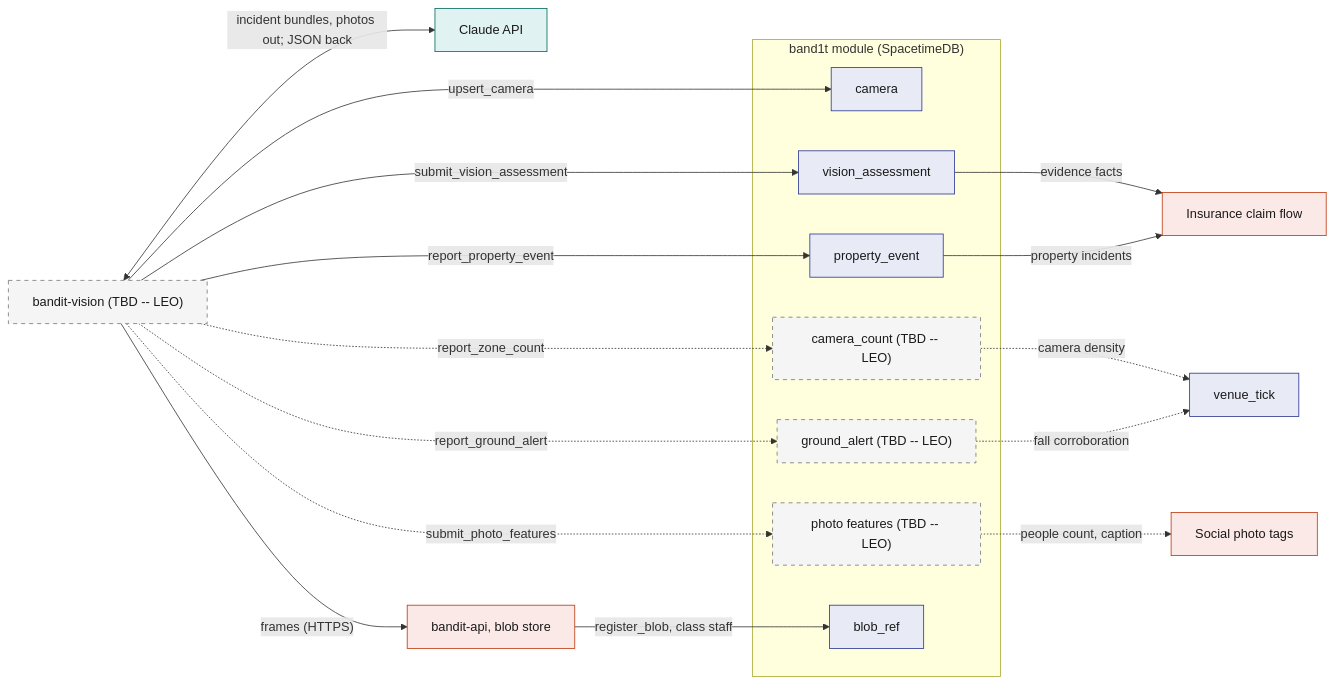
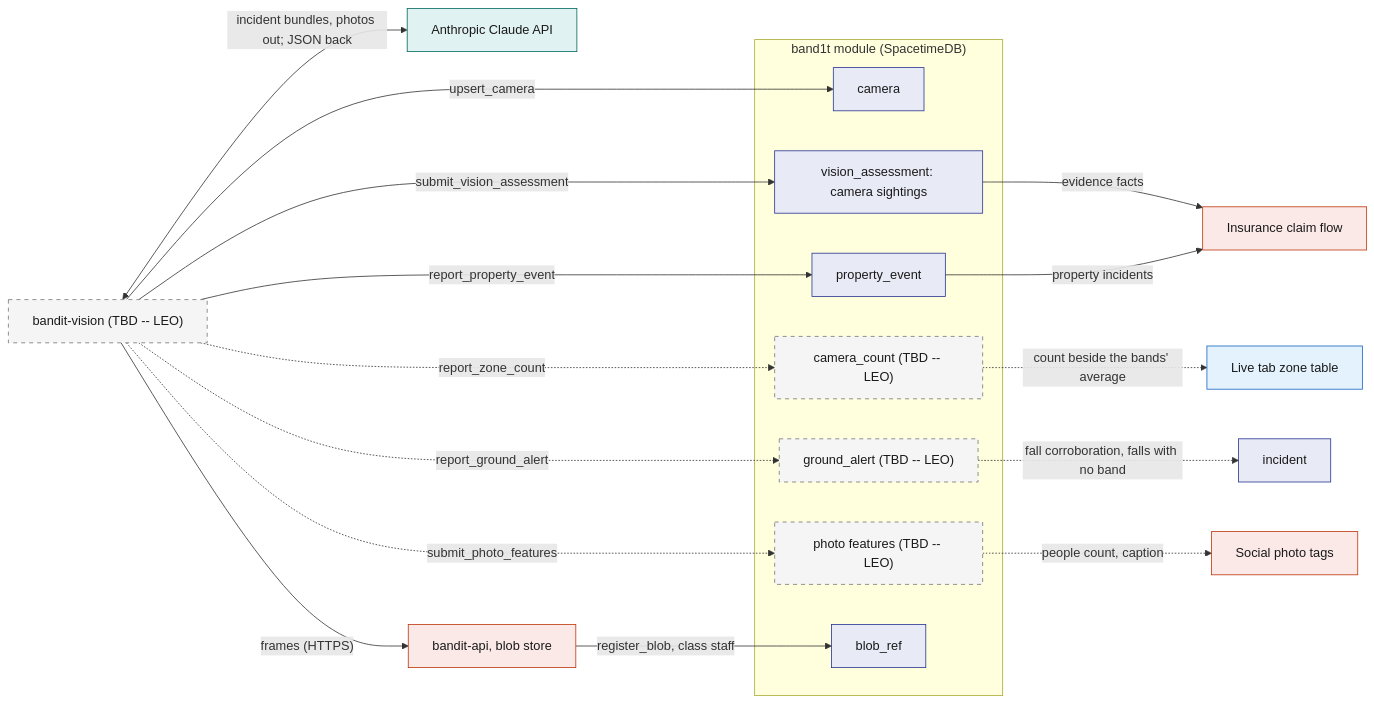
The third of 3 diagrams in System Design/4-devices/Vision.md (viktorinkov/cal-hacks-13), drawn with Mermaid before and after one commit. The commit also changed other lines of this file and 26 other files, not shown here.

````diff
--- a/System Design/4-devices/Vision.md
+++ b/System Design/4-devices/Vision.md
@@ -205,34 +238,36 @@
 ```mermaid
 flowchart LR
-    Vis["bandit-vision (TBD -- LEO)"] <-->|"incident bundles, photos out; JSON back"| Claude["Claude API"]
+    Vis["bandit-vision (TBD -- LEO)"] <-->|"incident bundles, photos out; JSON back"| Claude["Anthropic Claude API"]
     Vis -->|"frames (HTTPS)"| Api["bandit-api, blob store"]
     subgraph M["band1t module (SpacetimeDB)"]
         CAMT["camera"]
-        VA["vision_assessment"]
+        VA["vision_assessment: camera sightings"]
         PE["property_event"]
         CC["camera_count (TBD -- LEO)"]
         GA["ground_alert (TBD -- LEO)"]
         PF["photo features (TBD -- LEO)"]
         BL["blob_ref"]
     end
     Api -->|"register_blob, class staff"| BL
     Vis -->|"upsert_camera"| CAMT
     Vis -->|"submit_vision_assessment"| VA
     Vis -->|"report_property_event"| PE
     Vis -.->|"report_zone_count"| CC
     Vis -.->|"report_ground_alert"| GA
     Vis -.->|"submit_photo_features"| PF
     VA -->|"evidence facts"| Ins["Insurance claim flow"]
     PE -->|"property incidents"| Ins
-    CC -.->|"camera density"| Tick["venue_tick"]
-    GA -.->|"fall corroboration"| Tick
+    CC -.->|"count beside the bands' average"| Live["Live tab zone table"]
+    GA -.->|"fall corroboration, falls with no band"| Inc["incident"]
     PF -.->|"people count, caption"| Soc["Social photo tags"]
     classDef tbd fill:#F5F5F5,stroke:#757575,color:#1A1A1A,stroke-dasharray:5 5
     classDef ext fill:#E0F2F1,stroke:#00695C,color:#1A1A1A
     classDef rust fill:#FBE9E7,stroke:#BF360C,color:#1A1A1A
     classDef stdb fill:#E8EAF6,stroke:#283593,color:#1A1A1A
+    classDef web fill:#E3F2FD,stroke:#1565C0,color:#1A1A1A
     class Vis,CC,GA,PF tbd
     class Claude ext
     class Api,Ins,Soc rust
-    class CAMT,VA,PE,BL,Tick stdb
+    class CAMT,VA,PE,BL,Inc stdb
+    class Live web
 ```
````
